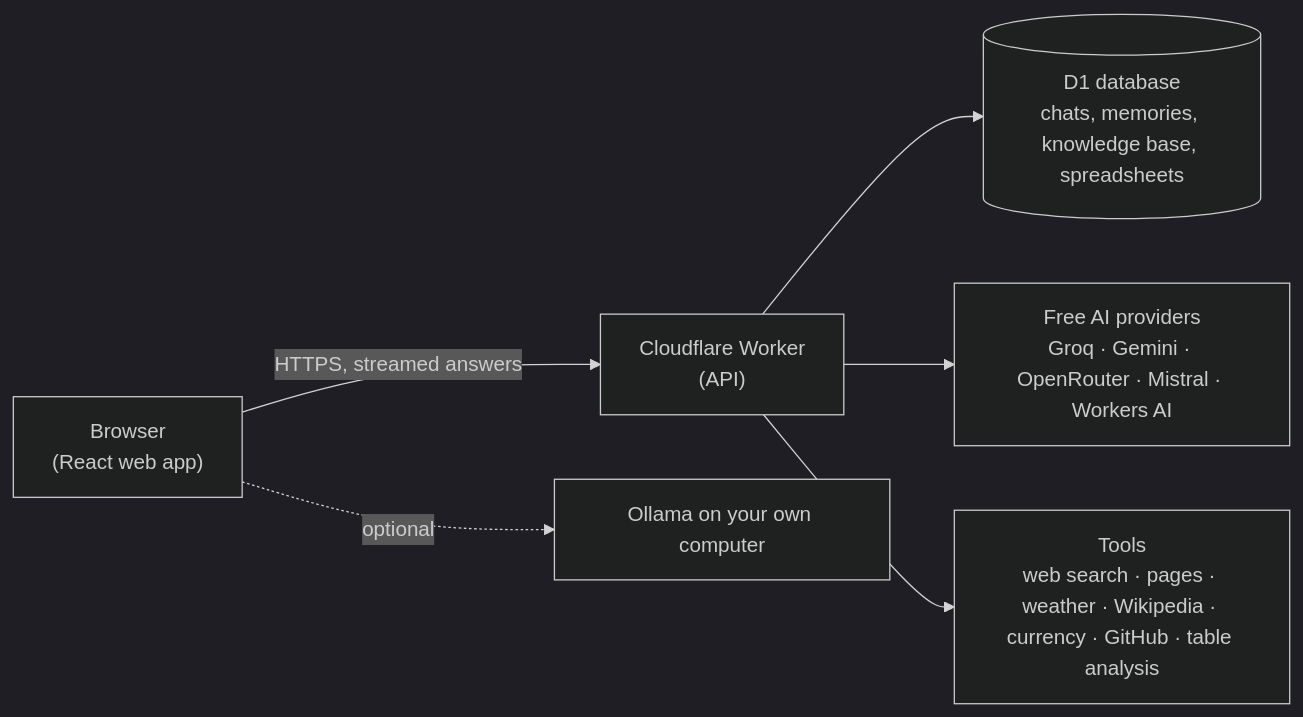
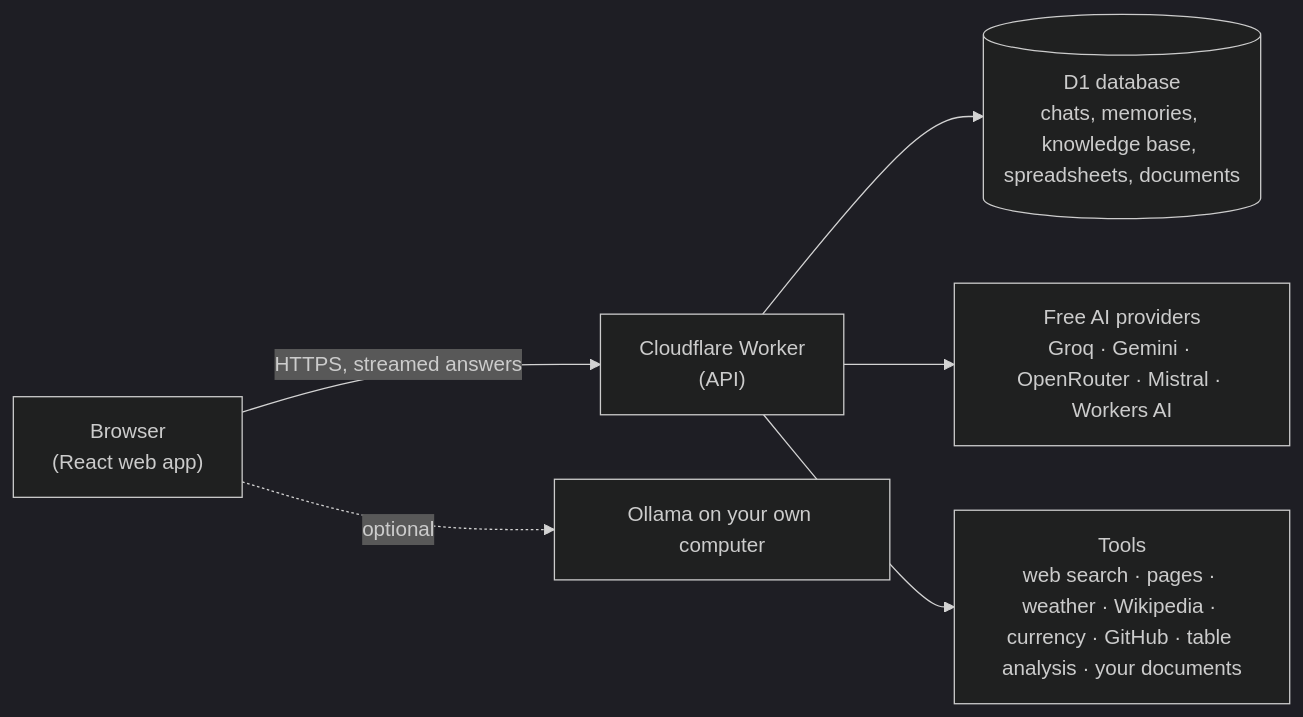
The diagram in README.md (RajaFarazTariq/VESPER-AI), drawn with Mermaid (dark theme) before and after one commit. The commit also changed other lines of this file and 47 other files, not shown here.

````diff
--- a/README.md
+++ b/README.md
@@ -202,8 +220,8 @@
 ```mermaid
 flowchart LR
   B["Browser<br/>(React web app)"] -- "HTTPS, streamed answers" --> W["Cloudflare Worker<br/>(API)"]
-  W --> D[("D1 database<br/>chats, memories, knowledge base, spreadsheets")]
+  W --> D[("D1 database<br/>chats, memories, knowledge base, spreadsheets, documents")]
   W --> P["Free AI providers<br/>Groq · Gemini · OpenRouter · Mistral · Workers AI"]
-  W --> T["Tools<br/>web search · pages · weather · Wikipedia · currency · GitHub · table analysis"]
+  W --> T["Tools<br/>web search · pages · weather · Wikipedia · currency · GitHub · table analysis · your documents"]
   B -. "optional" .-> O["Ollama on your own computer"]
 ```
````
